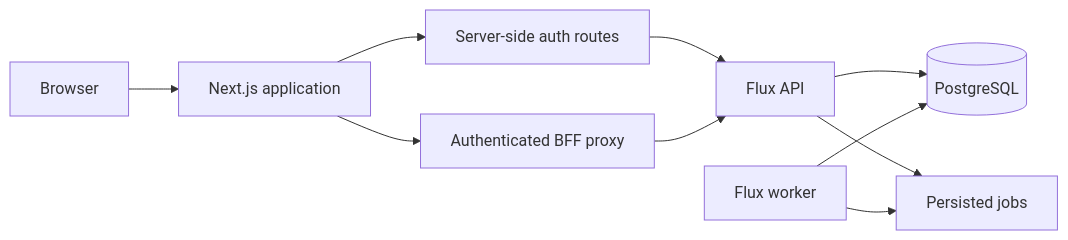
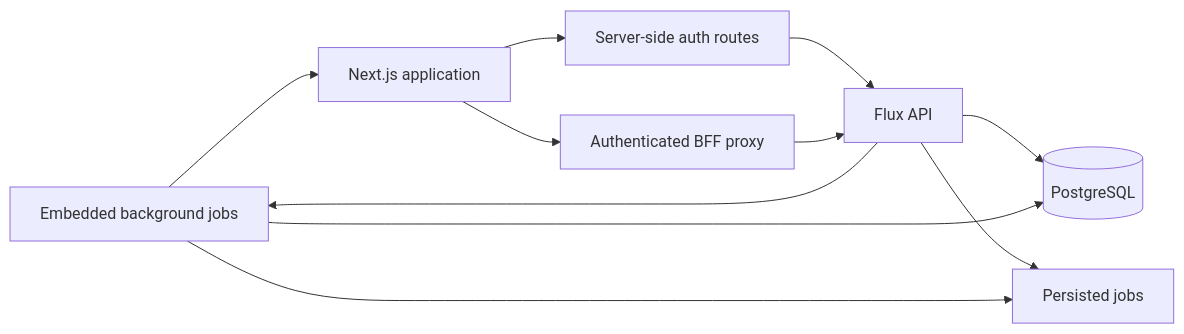
The diagram in README.md (Aethelon/Flux-App), drawn with Mermaid before and after one commit. The commit also changed other lines of this file and 10 other files, not shown here.

````diff
--- a/README.md
+++ b/README.md
@@ -52,12 +52,13 @@
 ```mermaid
 flowchart LR
     B["Browser"] --> N["Next.js application"]
     N --> A["Server-side auth routes"]
     N --> P["Authenticated BFF proxy"]
     A --> API["Flux API"]
     P --> API
     API --> DB[("PostgreSQL")]
     API --> J["Persisted jobs"]
-    W["Flux worker"] --> J
-    W --> DB
+    API --> B["Embedded background jobs"]
+    B --> J
+    B --> DB
 ```
````
